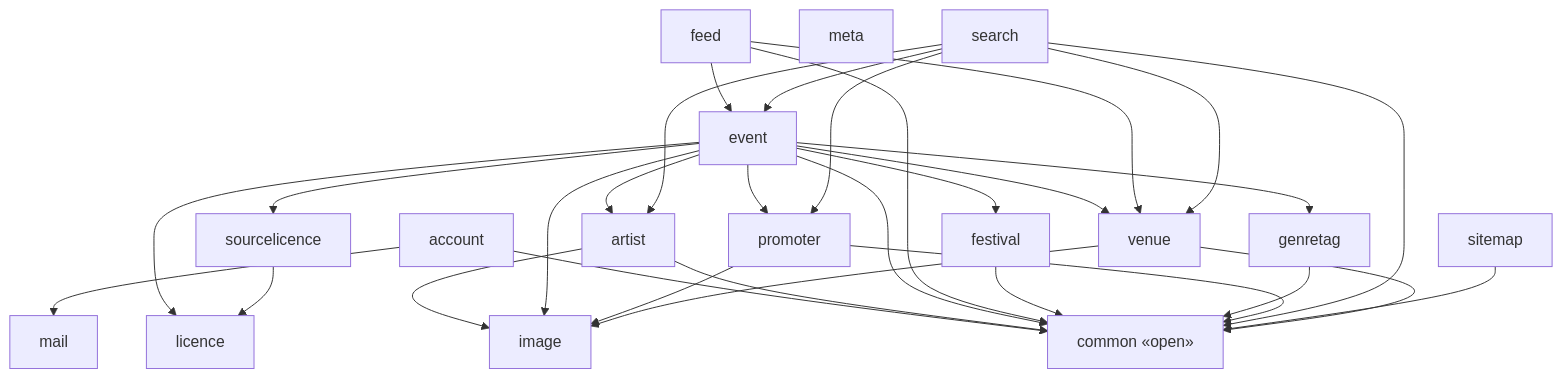
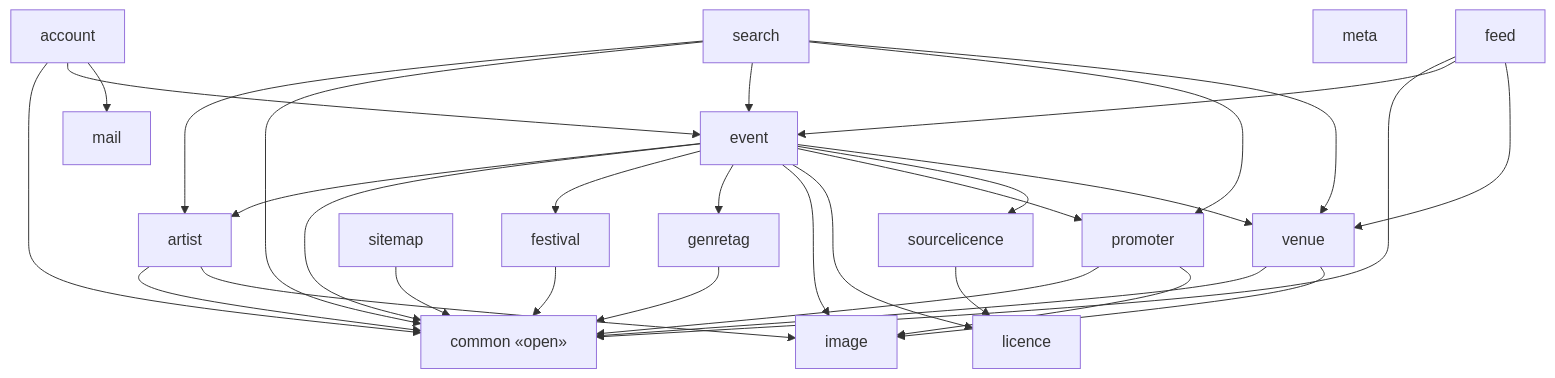
One commit to enorm-labs/event-junkie changed the diagram in docs/architecture/modules-events-bff.md. Above: the diagram before and after it, drawn with Mermaid. The commit also changed 20 other files, not shown here.

````diff
--- a/docs/architecture/modules-events-bff.md
+++ b/docs/architecture/modules-events-bff.md
@@ -9,49 +9,50 @@
 ```mermaid
 flowchart TD
     account["account"]
     artist["artist"]
     common["common «open»"]
     event["event"]
     feed["feed"]
     festival["festival"]
     genretag["genretag"]
     image["image"]
     licence["licence"]
     mail["mail"]
     meta["meta"]
     promoter["promoter"]
     search["search"]
     sitemap["sitemap"]
     sourcelicence["sourcelicence"]
     venue["venue"]
 
     account --> common
+    account --> event
     account --> mail
     artist --> common
     artist --> image
     event --> artist
     event --> common
     event --> festival
     event --> genretag
     event --> image
     event --> licence
     event --> promoter
     event --> sourcelicence
     event --> venue
     feed --> common
     feed --> event
     feed --> venue
     festival --> common
     genretag --> common
     promoter --> common
     promoter --> image
     search --> artist
     search --> common
     search --> event
     search --> promoter
     search --> venue
     sitemap --> common
     sourcelicence --> licence
     venue --> common
     venue --> image
 ```
````
